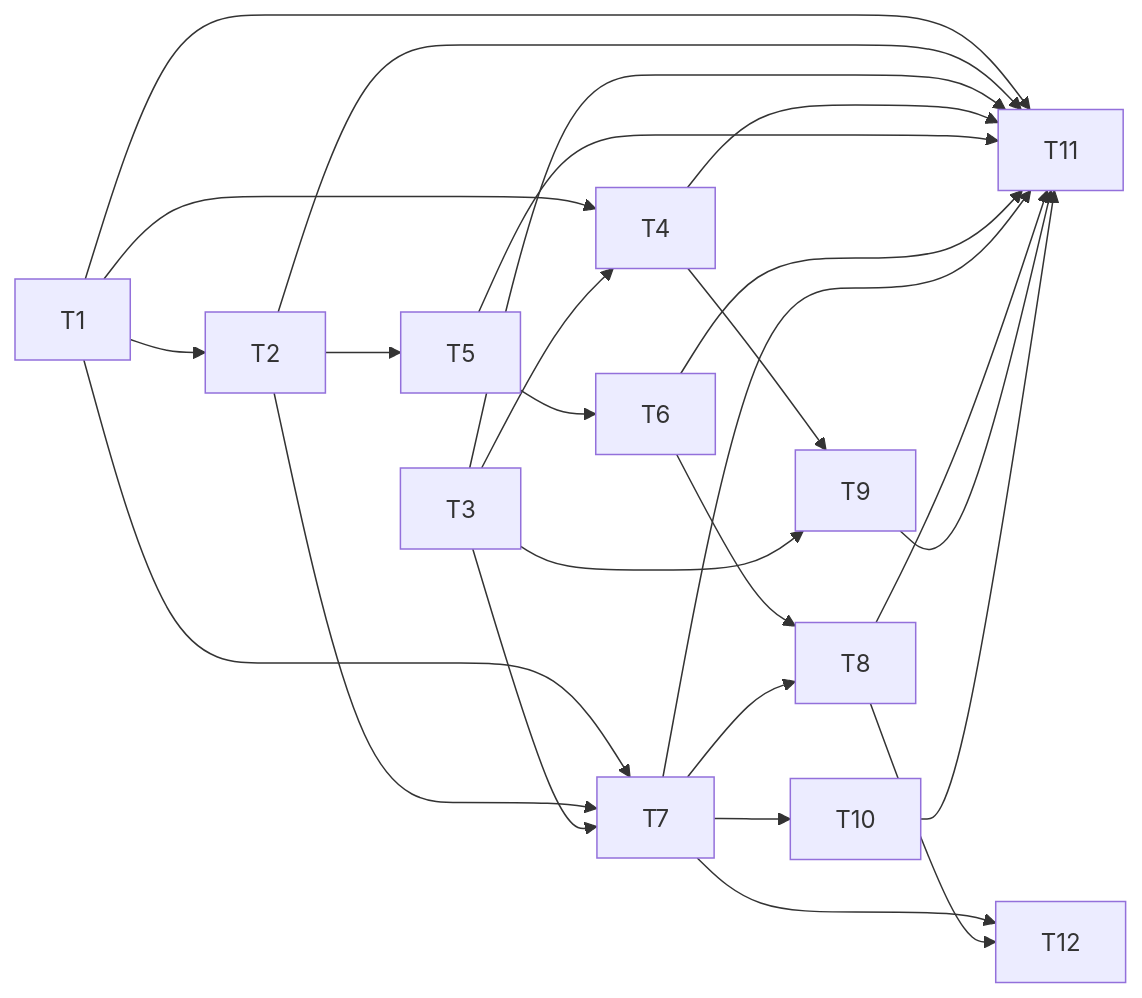
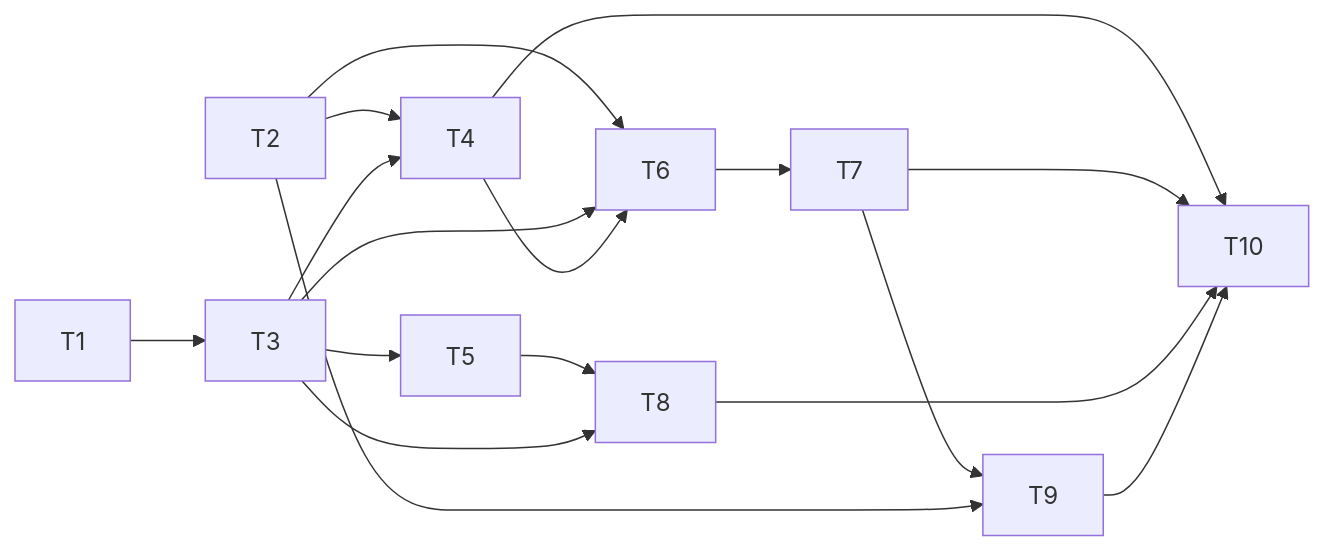
Before and after one commit to abankowski/mcpmem: the diagram in docs/superpowers/plans/2026-10-02-file-attachments.md, drawn with Mermaid. The commit also changed other lines of this file and 2 other files, not shown here.

````diff
--- a/docs/superpowers/plans/2026-10-02-file-attachments.md
+++ b/docs/superpowers/plans/2026-10-02-file-attachments.md
@@ -29,28 +49,19 @@
 ```mermaid
 flowchart LR
-  T1 --> T2
-  T1 --> T4
+  T1 --> T3
+  T2 --> T4
   T3 --> T4
-  T2 --> T5
-  T1 --> T7
-  T2 --> T7
-  T3 --> T7
-  T5 --> T6
-  T4 --> T9
-  T3 --> T9
-  T6 --> T8
-  T7 --> T8
+  T3 --> T5
+  T2 --> T6
+  T3 --> T6
+  T4 --> T6
+  T6 --> T7
+  T5 --> T8
+  T3 --> T8
+  T7 --> T9
+  T2 --> T9
+  T4 --> T10
   T7 --> T10
-  T1 --> T11
-  T2 --> T11
-  T3 --> T11
-  T4 --> T11
-  T5 --> T11
-  T6 --> T11
-  T7 --> T11
-  T8 --> T11
-  T9 --> T11
-  T10 --> T11
-  T7 --> T12
-  T8 --> T12
+  T8 --> T10
+  T9 --> T10
 ```
````
